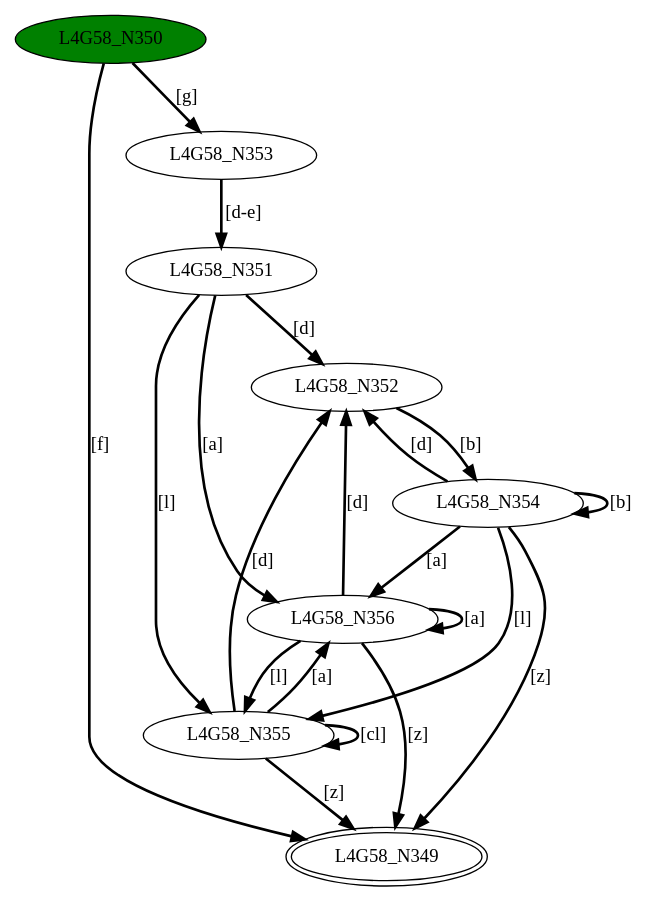
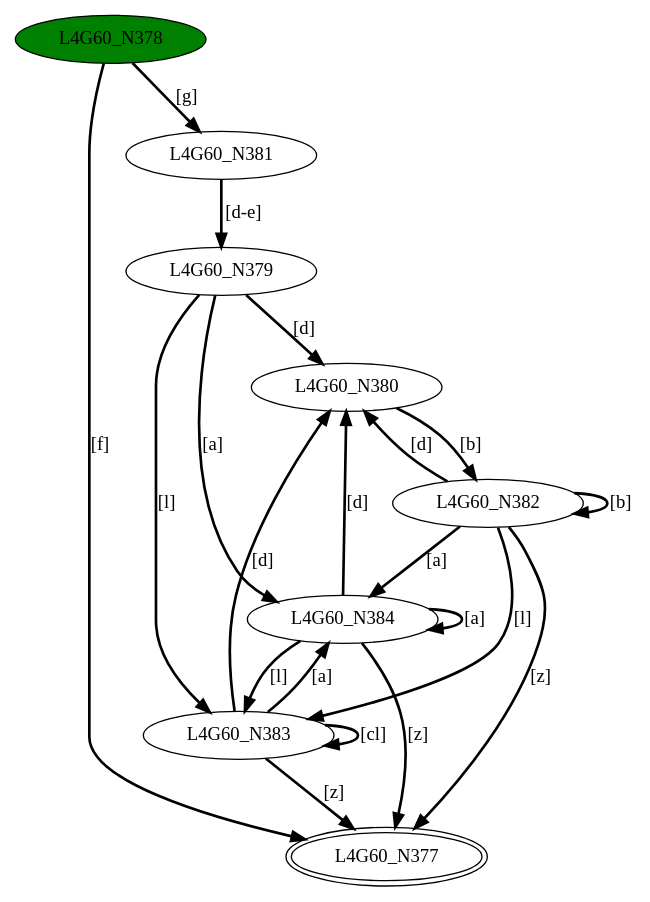
Before and after one commit to GDimitroulakos/EDUFLEX: the diagram in DFASimulator/Testbench/minimizedDFA4.dot, drawn with Graphviz. The commit also changed 52 other files, not shown here.

Commit message:
Identify loops in the thompson algorithm generated NFA and expose it via coloring in the graphviz NFA graph

```diff
--- a/DFASimulator/Testbench/minimizedDFA4.dot
+++ b/DFASimulator/Testbench/minimizedDFA4.dot
@@ -1,30 +1,30 @@
-digraph G58{
-"L4G58_N349" [peripheries=2];
-"L4G58_N350" [style=filled,fillcolor=green];
-"L4G58_N351";
-"L4G58_N352";
-"L4G58_N353";
-"L4G58_N354";
-"L4G58_N355";
-"L4G58_N356";
-"L4G58_N350"->"L4G58_N349" [style = bold, label = "[f]"];
-"L4G58_N350"->"L4G58_N353" [style = bold, label = "[g]"];
-"L4G58_N351"->"L4G58_N352" [style = bold, label = "[d]"];
-"L4G58_N351"->"L4G58_N355" [style = bold, label = "[l]"];
-"L4G58_N351"->"L4G58_N356" [style = bold, label = "[a]"];
-"L4G58_N352"->"L4G58_N354" [style = bold, label = "[b]"];
-"L4G58_N353"->"L4G58_N351" [style = bold, label = "[d-e]"];
-"L4G58_N354"->"L4G58_N349" [style = bold, label = "[z]"];
-"L4G58_N354"->"L4G58_N352" [style = bold, label = "[d]"];
-"L4G58_N354"->"L4G58_N354" [style = bold, label = "[b]"];
-"L4G58_N354"->"L4G58_N355" [style = bold, label = "[l]"];
-"L4G58_N354"->"L4G58_N356" [style = bold, label = "[a]"];
-"L4G58_N355"->"L4G58_N349" [style = bold, label = "[z]"];
-"L4G58_N355"->"L4G58_N352" [style = bold, label = "[d]"];
-"L4G58_N355"->"L4G58_N355" [style = bold, label = "[cl]"];
-"L4G58_N355"->"L4G58_N356" [style = bold, label = "[a]"];
-"L4G58_N356"->"L4G58_N349" [style = bold, label = "[z]"];
-"L4G58_N356"->"L4G58_N352" [style = bold, label = "[d]"];
-"L4G58_N356"->"L4G58_N355" [style = bold, label = "[l]"];
-"L4G58_N356"->"L4G58_N356" [style = bold, label = "[a]"];
+digraph G60{
+"L4G60_N377" [peripheries=2];
+"L4G60_N378" [style=filled,fillcolor=green];
+"L4G60_N379";
+"L4G60_N380";
+"L4G60_N381";
+"L4G60_N382";
+"L4G60_N383";
+"L4G60_N384";
+"L4G60_N378"->"L4G60_N377" [style = bold, label = "[f]"];
+"L4G60_N378"->"L4G60_N381" [style = bold, label = "[g]"];
+"L4G60_N379"->"L4G60_N380" [style = bold, label = "[d]"];
+"L4G60_N379"->"L4G60_N383" [style = bold, label = "[l]"];
+"L4G60_N379"->"L4G60_N384" [style = bold, label = "[a]"];
+"L4G60_N380"->"L4G60_N382" [style = bold, label = "[b]"];
+"L4G60_N381"->"L4G60_N379" [style = bold, label = "[d-e]"];
+"L4G60_N382"->"L4G60_N377" [style = bold, label = "[z]"];
+"L4G60_N382"->"L4G60_N380" [style = bold, label = "[d]"];
+"L4G60_N382"->"L4G60_N382" [style = bold, label = "[b]"];
+"L4G60_N382"->"L4G60_N383" [style = bold, label = "[l]"];
+"L4G60_N382"->"L4G60_N384" [style = bold, label = "[a]"];
+"L4G60_N383"->"L4G60_N377" [style = bold, label = "[z]"];
+"L4G60_N383"->"L4G60_N380" [style = bold, label = "[d]"];
+"L4G60_N383"->"L4G60_N383" [style = bold, label = "[cl]"];
+"L4G60_N383"->"L4G60_N384" [style = bold, label = "[a]"];
+"L4G60_N384"->"L4G60_N377" [style = bold, label = "[z]"];
+"L4G60_N384"->"L4G60_N380" [style = bold, label = "[d]"];
+"L4G60_N384"->"L4G60_N383" [style = bold, label = "[l]"];
+"L4G60_N384"->"L4G60_N384" [style = bold, label = "[a]"];
 }
```
